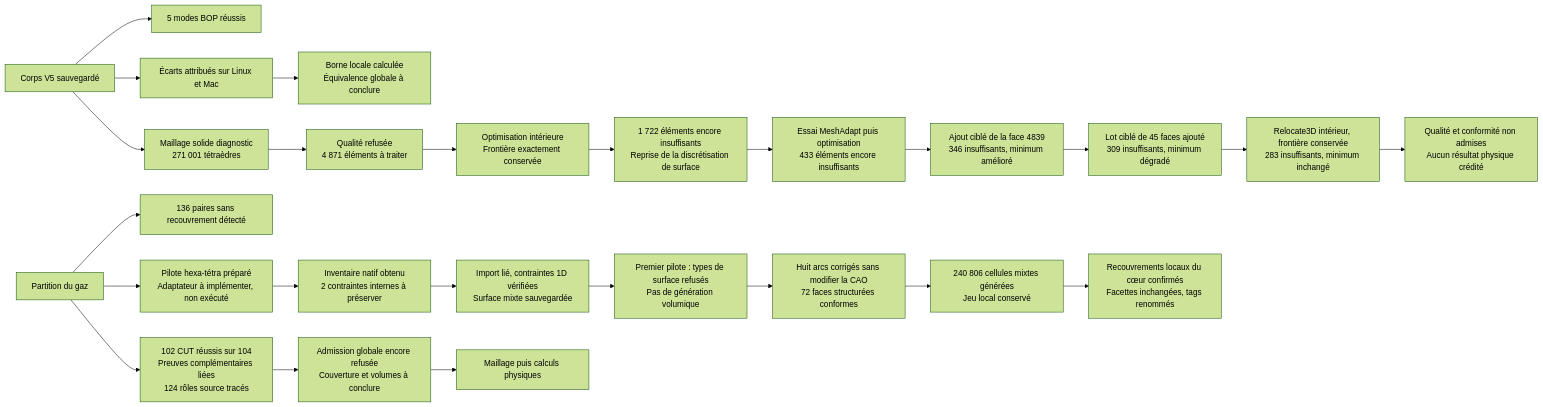
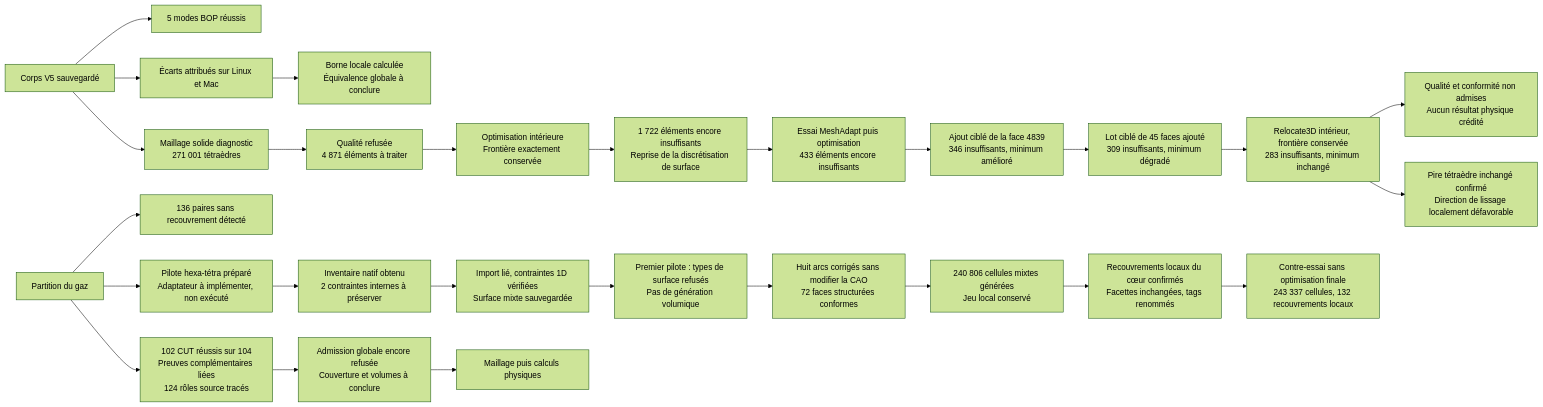
One commit to cluster2600/porscheparts changed the diagram in docs/M64_GEOMETRY_CHECKPOINT_20260908.md. Above: the diagram before and after it, drawn with Mermaid (forest theme). The commit also changed other lines of this file and 1 other file, not shown here.

````diff
--- a/docs/M64_GEOMETRY_CHECKPOINT_20260908.md
+++ b/docs/M64_GEOMETRY_CHECKPOINT_20260908.md
@@ -978,26 +1058,28 @@
 ```mermaid
 flowchart LR
     A[Corps V5 sauvegardé] --> B[5 modes BOP réussis]
     A --> C[Écarts attribués sur Linux et Mac]
     C --> D[Borne locale calculée<br/>Équivalence globale à conclure]
     A --> J[Maillage solide diagnostic<br/>271 001 tétraèdres]
     J --> K[Qualité refusée<br/>4 871 éléments à traiter]
     K --> L[Optimisation intérieure<br/>Frontière exactement conservée]
     L --> M[1 722 éléments encore insuffisants<br/>Reprise de la discrétisation de surface]
     M --> O[Essai MeshAdapt puis optimisation<br/>433 éléments encore insuffisants]
     O --> P[Ajout ciblé de la face 4839<br/>346 insuffisants, minimum amélioré]
     P --> S[Lot ciblé de 45 faces ajouté<br/>309 insuffisants, minimum dégradé]
     S --> Y[Relocate3D intérieur, frontière conservée<br/>283 insuffisants, minimum inchangé]
     Y --> Q[Qualité et conformité non admises<br/>Aucun résultat physique crédité]
     E[Partition du gaz] --> F[136 paires sans recouvrement détecté]
     E --> N[Pilote hexa-tétra préparé<br/>Adaptateur à implémenter, non exécuté]
     N --> R[Inventaire natif obtenu<br/>2 contraintes internes à préserver]
     R --> T[Import lié, contraintes 1D vérifiées<br/>Surface mixte sauvegardée]
     T --> U[Premier pilote : types de surface refusés<br/>Pas de génération volumique]
     U --> V[Huit arcs corrigés sans modifier la CAO<br/>72 faces structurées conformes]
     V --> W[240 806 cellules mixtes générées<br/>Jeu local conservé]
     W --> X[Recouvrements locaux du cœur confirmés<br/>Facettes inchangées, tags renommés]
+    X --> Z[Contre-essai sans optimisation finale<br/>243 337 cellules, 132 recouvrements locaux]
+    Y --> AA[Pire tétraèdre inchangé confirmé<br/>Direction de lissage localement défavorable]
     E --> G[102 CUT réussis sur 104<br/>Preuves complémentaires liées<br/>124 rôles source tracés]
     G --> H[Admission globale encore refusée<br/>Couverture et volumes à conclure]
     H --> I[Maillage puis calculs physiques]
 ```
````
